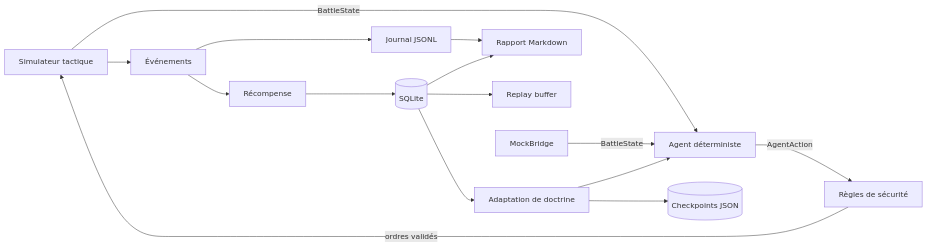
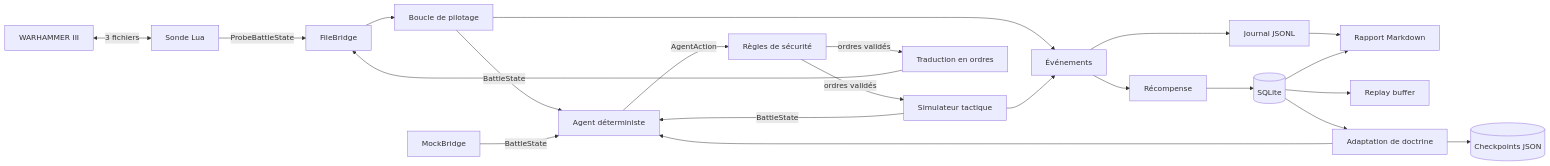
Before and after one commit to MathieuBal/Totalwarai: the diagram in docs/architecture.md, drawn with Mermaid. The commit also changed other lines of this file and 1 other file, not shown here.

````diff
--- a/docs/architecture.md
+++ b/docs/architecture.md
@@ -9,17 +9,24 @@
 ```mermaid
 flowchart LR
+    GAME[WARHAMMER III] <-->|3 fichiers| LUA[Sonde Lua]
+    LUA -->|ProbeBattleState| FILE[FileBridge]
+    FILE --> LIVE[Boucle de pilotage]
+    LIVE -->|BattleState| AGENT
     SIM[Simulateur tactique] -->|BattleState| AGENT[Agent déterministe]
     BRIDGE[MockBridge] -->|BattleState| AGENT
     AGENT -->|AgentAction| SAFETY[Règles de sécurité]
     SAFETY -->|ordres validés| SIM
+    SAFETY -->|ordres validés| TRANS[Traduction en ordres]
+    TRANS --> FILE
+    LIVE --> EVENTS
     SIM --> EVENTS[Événements]
     EVENTS --> LOGGER[Journal JSONL]
     EVENTS --> REWARD[Récompense]
     LOGGER --> REPORT[Rapport Markdown]
     REWARD --> MEMORY[(SQLite)]
     MEMORY --> REPLAY[Replay buffer]
     MEMORY --> REPORT
     MEMORY --> ADAPT[Adaptation de doctrine]
     ADAPT --> CKPT[(Checkpoints JSON)]
     ADAPT --> AGENT
 ```
````
